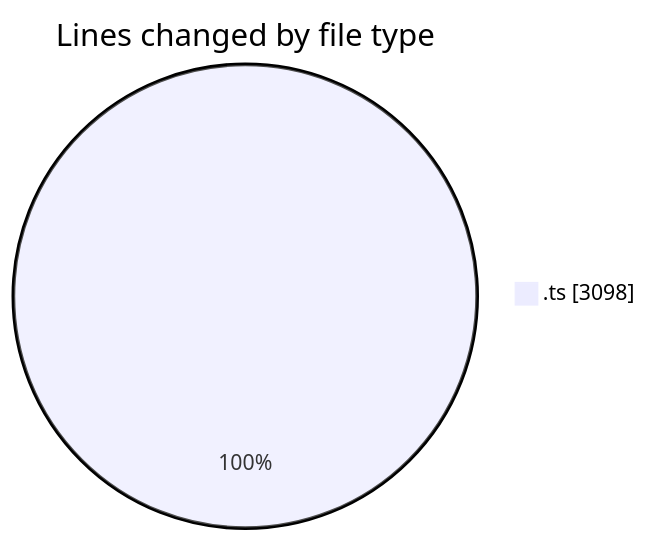
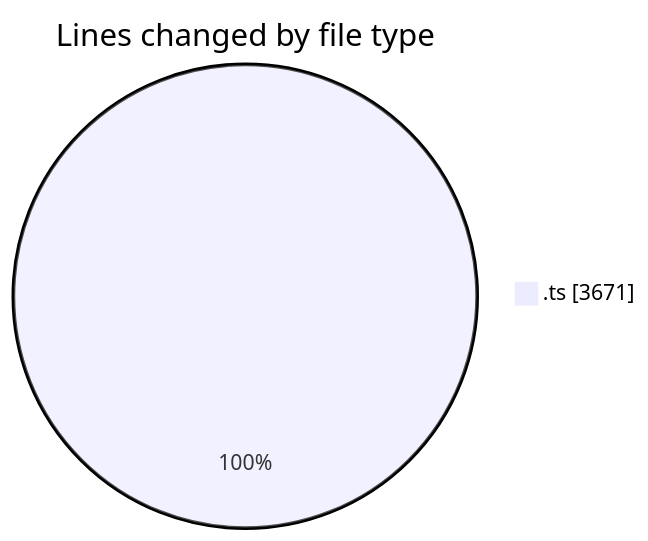
One commit to JenPaints/code-tracking changed the first of 2 diagrams in 2025-07-25/cohera/README.md. Above: the diagram before and after it, drawn with Mermaid. The commit also changed other lines of this file and 1 other file, not shown here.

````diff
--- a/2025-07-25/cohera/README.md
+++ b/2025-07-25/cohera/README.md
@@ -24,5 +25,5 @@
 ```mermaid
 pie showData
 title Lines changed by file type
-".ts" : 3098
+".ts" : 3671
 ```
````
